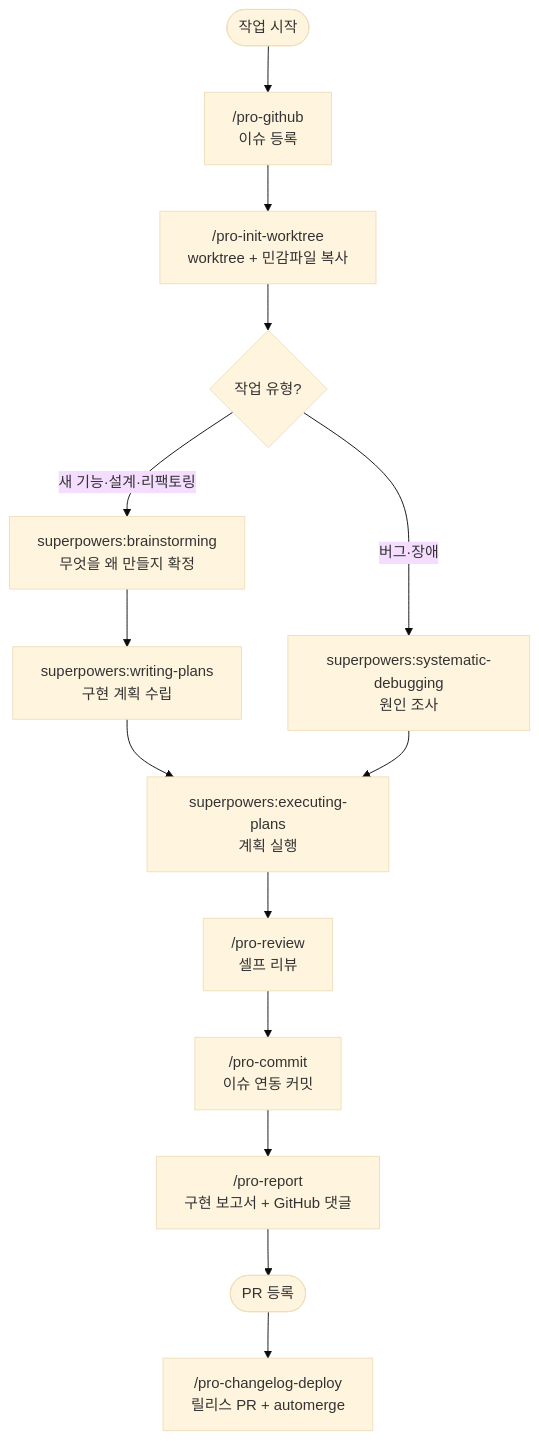
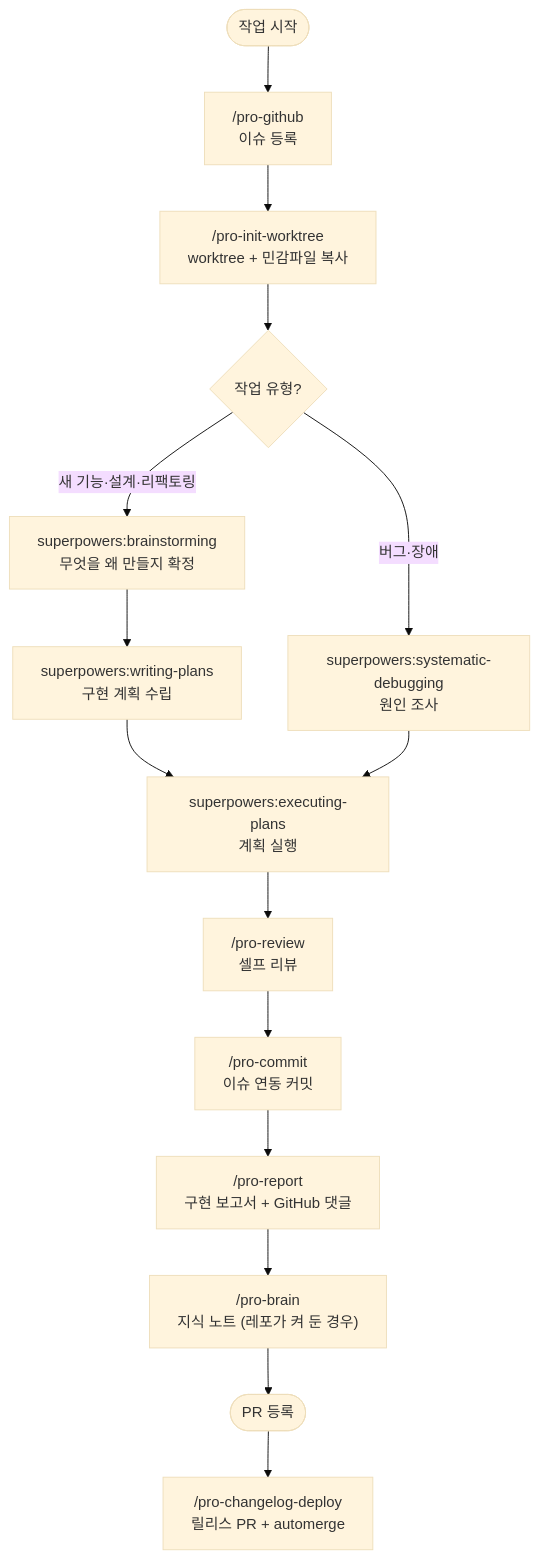
Before and after one commit to Cassiiopeia/projectops: the diagram in docs/SKILLS.md, drawn with Mermaid (base theme). The commit also changed other lines of this file and 28 other files, not shown here.

````diff
--- a/docs/SKILLS.md
+++ b/docs/SKILLS.md
@@ -586,19 +600,20 @@
 ```mermaid
 flowchart TD
     A(["작업 시작"]) --> B["/pro-github<br/>이슈 등록"]
     B --> C["/pro-init-worktree<br/>worktree + 민감파일 복사"]
     C --> D{"작업 유형?"}
 
     D -->|새 기능·설계·리팩토링| E1["superpowers:brainstorming<br/>무엇을 왜 만들지 확정"]
     D -->|버그·장애| E2["superpowers:systematic-debugging<br/>원인 조사"]
 
     E1 --> F1["superpowers:writing-plans<br/>구현 계획 수립"]
     F1 --> G1["superpowers:executing-plans<br/>계획 실행"]
     E2 --> G1
 
     G1 --> H["/pro-review<br/>셀프 리뷰"]
     H --> I["/pro-commit<br/>이슈 연동 커밋"]
     I --> J["/pro-report<br/>구현 보고서 + GitHub 댓글"]
-    J --> K(["PR 등록"])
+    J --> J2["/pro-brain<br/>지식 노트 (레포가 켜 둔 경우)"]
+    J2 --> K(["PR 등록"])
     K --> L["/pro-changelog-deploy<br/>릴리스 PR + automerge"]
 ```
````
